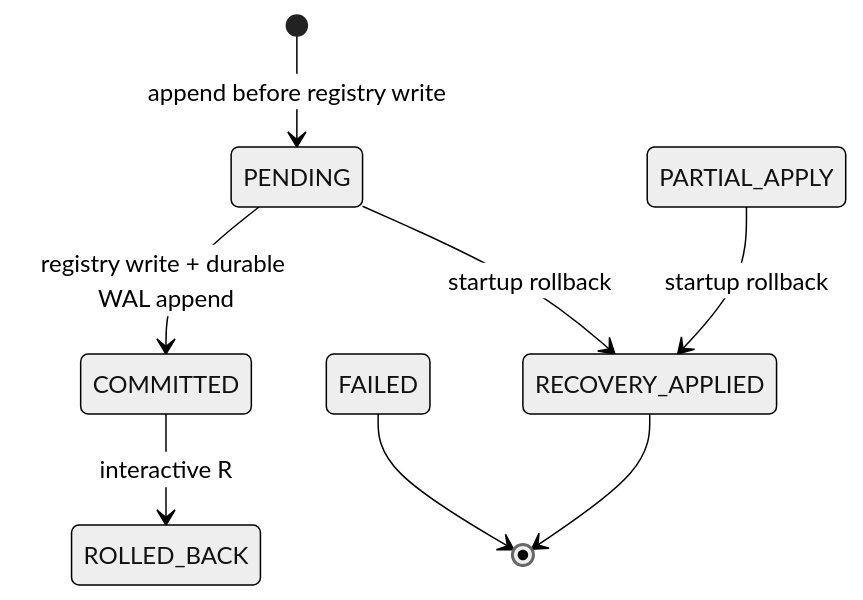
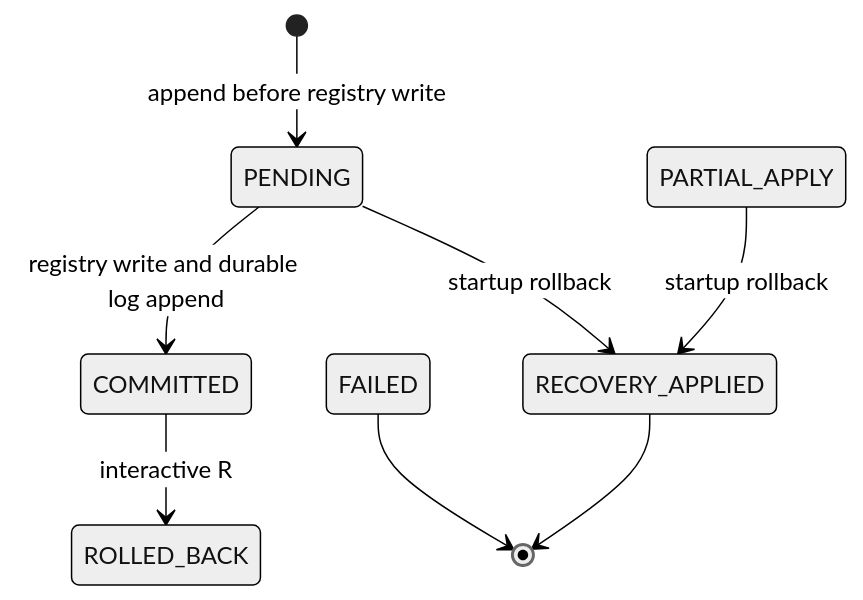
The third of 3 diagrams in docs/ARCHITECTURE.md (genesisgzdev/Aegis11), drawn with Mermaid (neutral theme) before and after one commit. The commit also changed other lines of this file and 1 other file, not shown here.

Commit message:
Fix GitHub Mermaid diagrams

```diff
--- a/docs/ARCHITECTURE.md
+++ b/docs/ARCHITECTURE.md
@@ -58,10 +58,10 @@
 ~~~mermaid
 stateDiagram-v2
     [*] --> PENDING: append before registry write
-    PENDING --> COMMITTED: registry write + durable WAL append
+    PENDING --> COMMITTED: registry write and durable log append
     PENDING --> RECOVERY_APPLIED: startup rollback
     PARTIAL_APPLY --> RECOVERY_APPLIED: startup rollback
     COMMITTED --> ROLLED_BACK: interactive R
     FAILED --> [*]
     RECOVERY_APPLIED --> [*]
 ~~~
```
